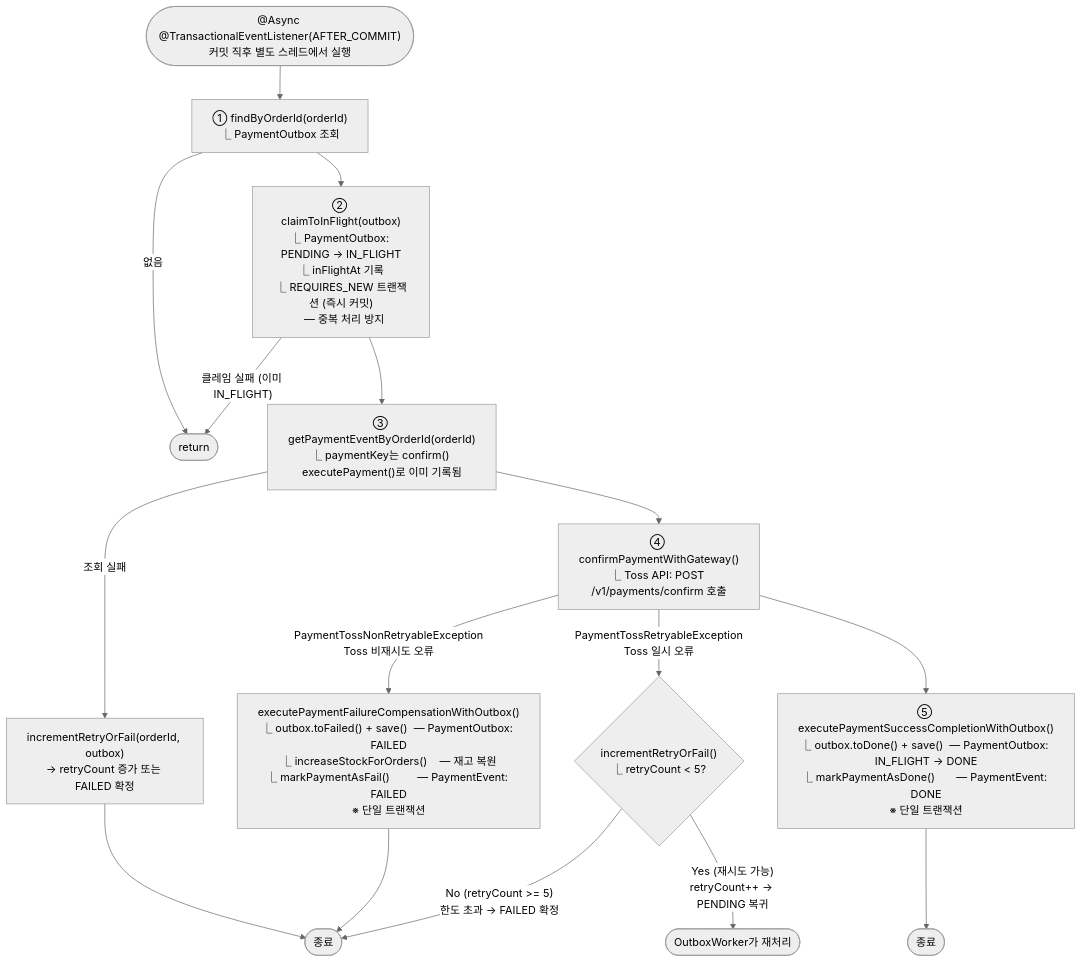
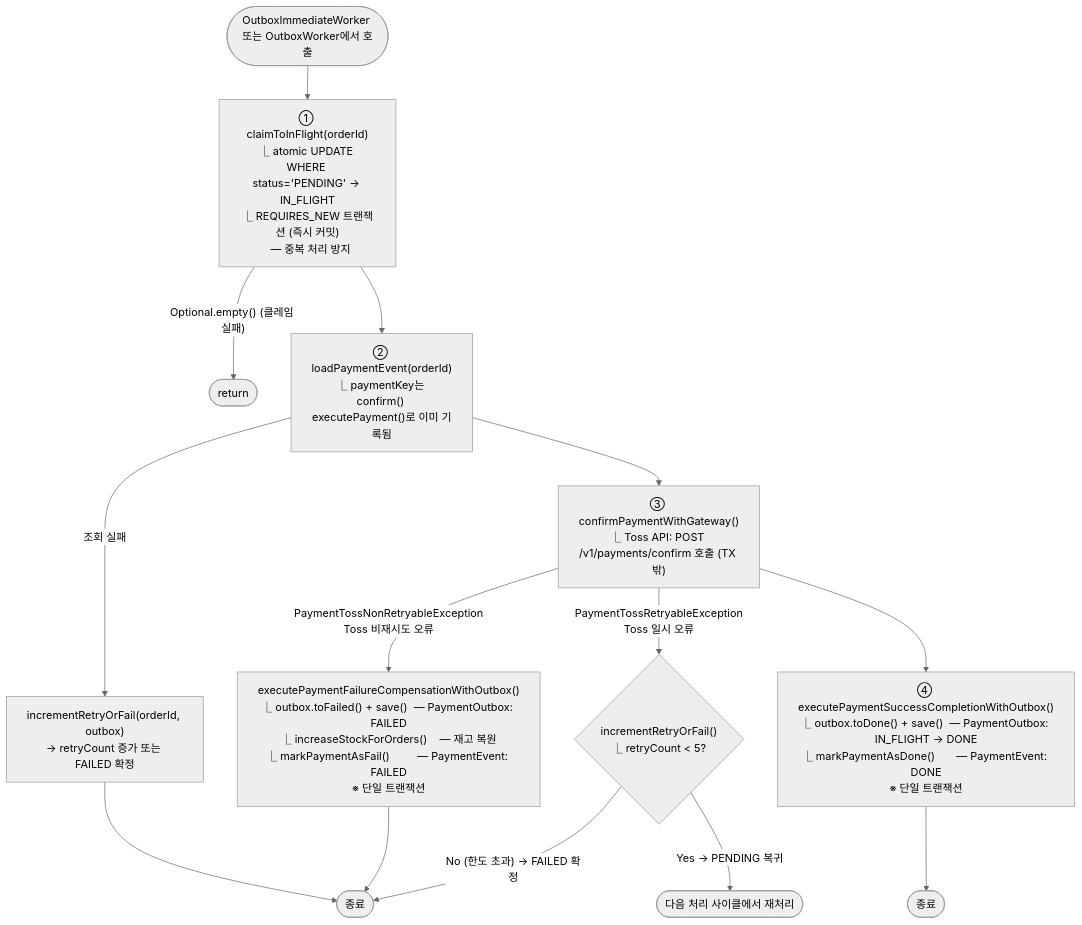
Before and after one commit to hyoguoo/payment-platform: the fifth of 8 diagrams in docs/context/CONFIRM-FLOW-FLOWCHART.md, drawn with Mermaid (neutral theme). The commit also changed other lines of this file and 8 other files, not shown here.

````diff
--- a/docs/context/CONFIRM-FLOW-FLOWCHART.md
+++ b/docs/context/CONFIRM-FLOW-FLOWCHART.md
@@ -132,32 +163,28 @@
 ```mermaid
 flowchart TD
-    EV(["@Async @TransactionalEventListener(AFTER_COMMIT)\n커밋 직후 별도 스레드에서 실행"]) --> O
+    ENTRY(["OutboxImmediateWorker 또는 OutboxWorker에서 호출"]) --> C
 
-    O["① findByOrderId(orderId)\n⎿ PaymentOutbox 조회"]
-    O -->|없음| SKIP([return])
-    O --> C
-
-    C["② claimToInFlight(outbox)\n⎿ PaymentOutbox: PENDING → IN_FLIGHT\n⎿ inFlightAt 기록\n⎿ REQUIRES_NEW 트랜잭션 (즉시 커밋)\n  — 중복 처리 방지"]
-    C -->|"클레임 실패 (이미 IN_FLIGHT)"| SKIP
+    C["① claimToInFlight(orderId)\n⎿ atomic UPDATE WHERE status='PENDING' → IN_FLIGHT\n⎿ REQUIRES_NEW 트랜잭션 (즉시 커밋)\n  — 중복 처리 방지"]
+    C -->|"Optional.empty() (클레임 실패)"| SKIP([return])
     C --> G
 
-    G["③ getPaymentEventByOrderId(orderId)\n⎿ paymentKey는 confirm() executePayment()로 이미 기록됨"]
+    G["② loadPaymentEvent(orderId)\n⎿ paymentKey는 confirm() executePayment()로 이미 기록됨"]
     G -->|조회 실패| G_FAIL
     G_FAIL["incrementRetryOrFail(orderId, outbox)\n→ retryCount 증가 또는 FAILED 확정"]
     G_FAIL --> Z_END([종료])
     G --> F
 
-    F["④ confirmPaymentWithGateway()\n⎿ Toss API: POST /v1/payments/confirm 호출"]
+    F["③ confirmPaymentWithGateway()\n⎿ Toss API: POST /v1/payments/confirm 호출 (TX 밖)"]
     F -->|PaymentTossNonRetryableException\nToss 비재시도 오류| F_NR
     F_NR["executePaymentFailureCompensationWithOutbox()\n⎿ outbox.toFailed() + save()  — PaymentOutbox: FAILED\n⎿ increaseStockForOrders()    — 재고 복원\n⎿ markPaymentAsFail()         — PaymentEvent: FAILED\n※ 단일 트랜잭션"]
     F_NR --> Z_END
 
     F -->|PaymentTossRetryableException\nToss 일시 오류| F_R
     F_R{"incrementRetryOrFail()\n⎿ retryCount < 5?"}
-    F_R -->|"Yes (재시도 가능)\nretryCount++ → PENDING 복귀"| RETRY(["OutboxWorker가 재처리"])
-    F_R -->|"No (retryCount >= 5)\n한도 초과 → FAILED 확정"| Z_END
+    F_R -->|"Yes → PENDING 복귀"| RETRY(["다음 처리 사이클에서 재처리"])
+    F_R -->|"No (한도 초과) → FAILED 확정"| Z_END
 
     F --> E
-    E["⑤ executePaymentSuccessCompletionWithOutbox()\n⎿ outbox.toDone() + save()  — PaymentOutbox: IN_FLIGHT → DONE\n⎿ markPaymentAsDone()       — PaymentEvent: DONE\n※ 단일 트랜잭션"]
+    E["④ executePaymentSuccessCompletionWithOutbox()\n⎿ outbox.toDone() + save()  — PaymentOutbox: IN_FLIGHT → DONE\n⎿ markPaymentAsDone()       — PaymentEvent: DONE\n※ 단일 트랜잭션"]
     E --> Z_OK([종료])
 ```
````
